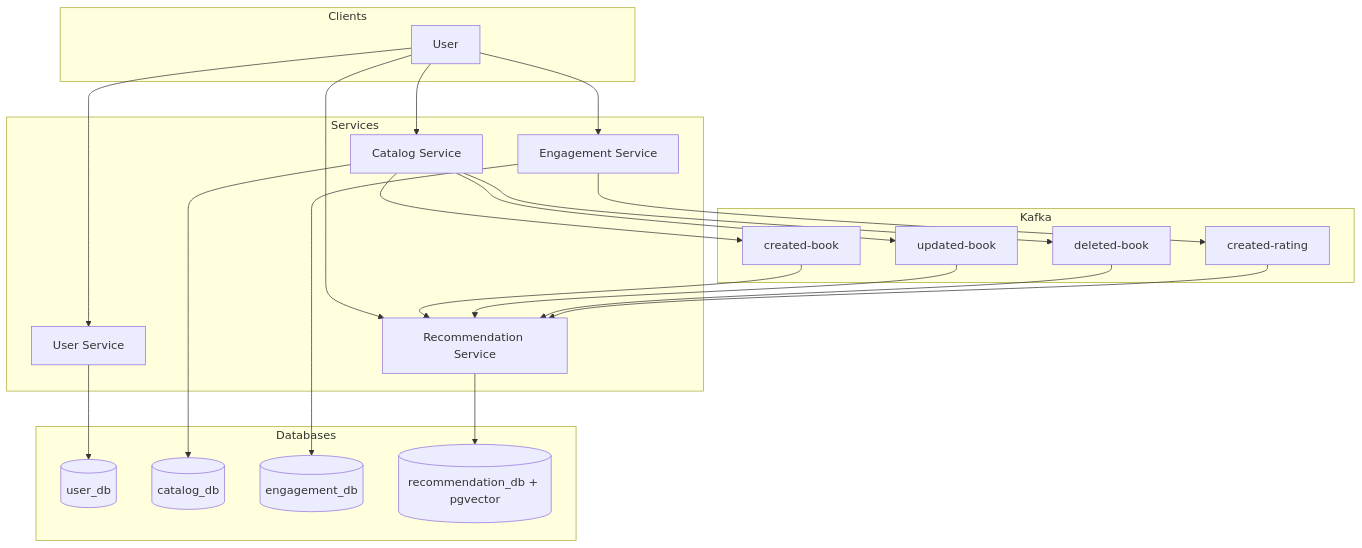
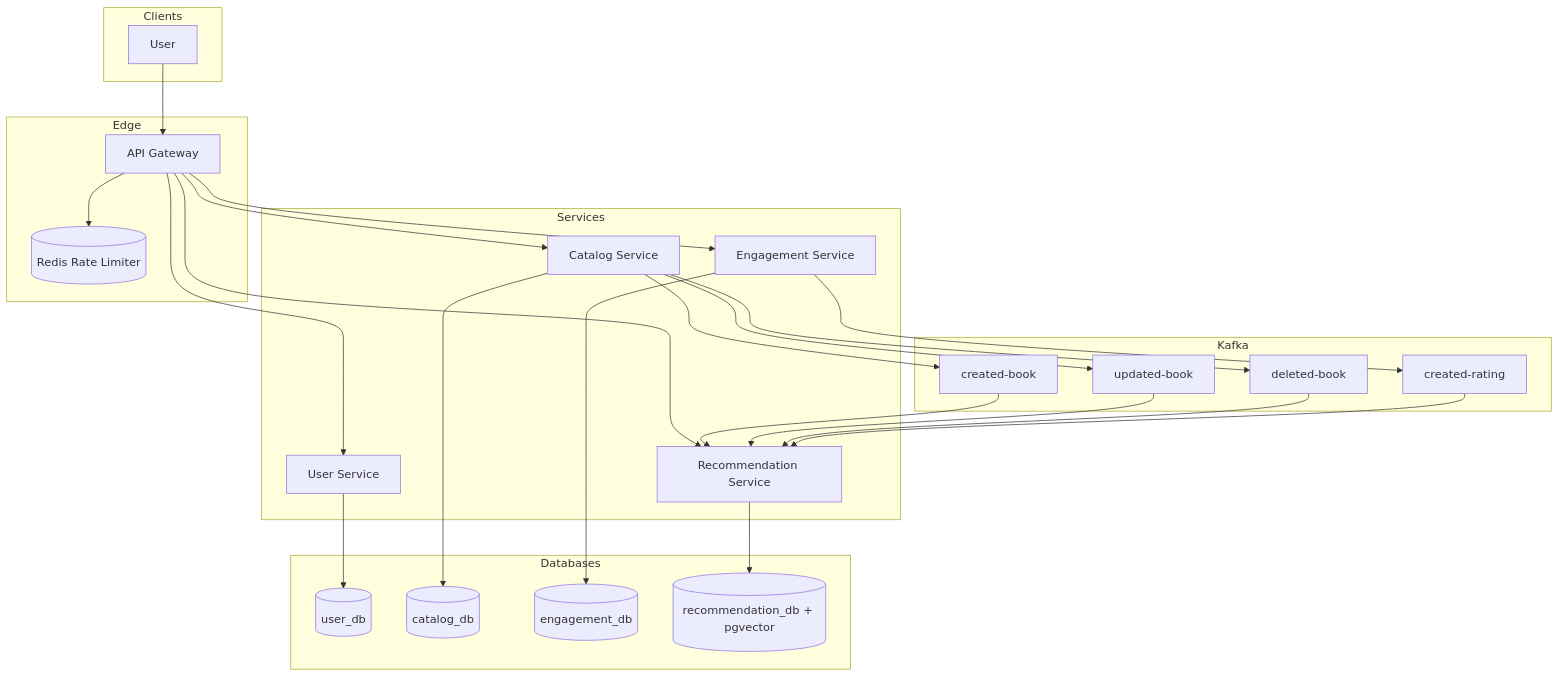
Before and after one commit to Luca5Eckert/VellumHub: the first of 3 diagrams in README.md, drawn with Mermaid. The commit also changed other lines of this file, not shown here.

First line of the commit message:
docs: update root README for v3 gateway and robustness

````diff
--- a/README.md
+++ b/README.md
@@ -32,47 +32,54 @@
 ```mermaid
 graph TB
     subgraph Clients
       U[User]
+    end
+
+    subgraph Edge
+      GW[API Gateway]
+      REDIS[(Redis Rate Limiter)]
     end
 
     subgraph Services
       US[User Service]
       CS[Catalog Service]
       ES[Engagement Service]
       RS[Recommendation Service]
     end
 
     subgraph Kafka
       B1[created-book]
       B2[updated-book]
       B3[deleted-book]
       R1[created-rating]
     end
 
     subgraph Databases
       UDB[(user_db)]
       CDB[(catalog_db)]
       EDB[(engagement_db)]
       RDB[(recommendation_db + pgvector)]
     end
 
-    U --> US
-    U --> CS
-    U --> ES
-    U --> RS
+    U --> GW
+    GW --> US
+    GW --> CS
+    GW --> ES
+    GW --> RS
+    GW --> REDIS
 
     US --> UDB
     CS --> CDB
     ES --> EDB
     RS --> RDB
 
     CS --> B1
     CS --> B2
     CS --> B3
     ES --> R1
 
     B1 --> RS
     B2 --> RS
     B3 --> RS
     R1 --> RS
 ```
````
